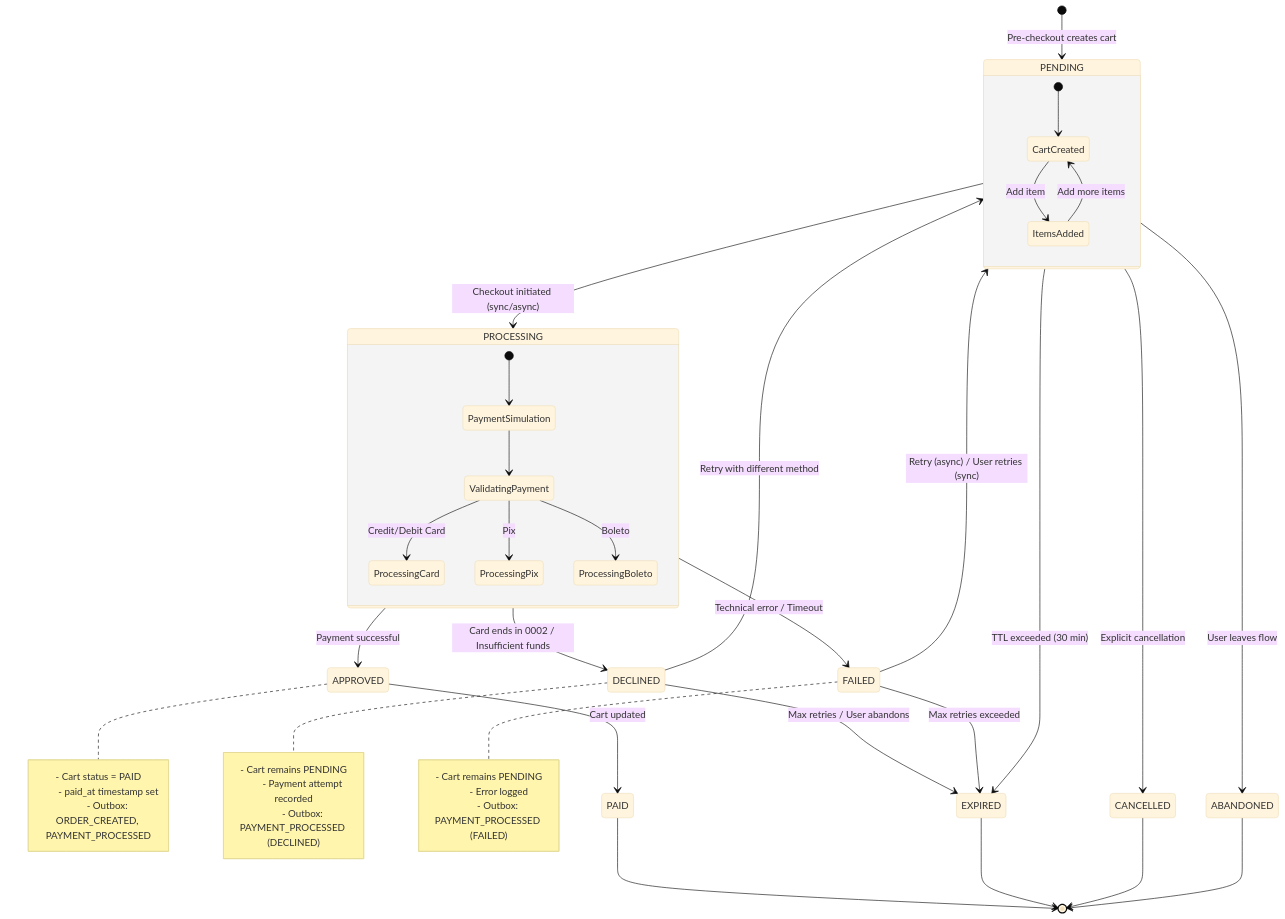
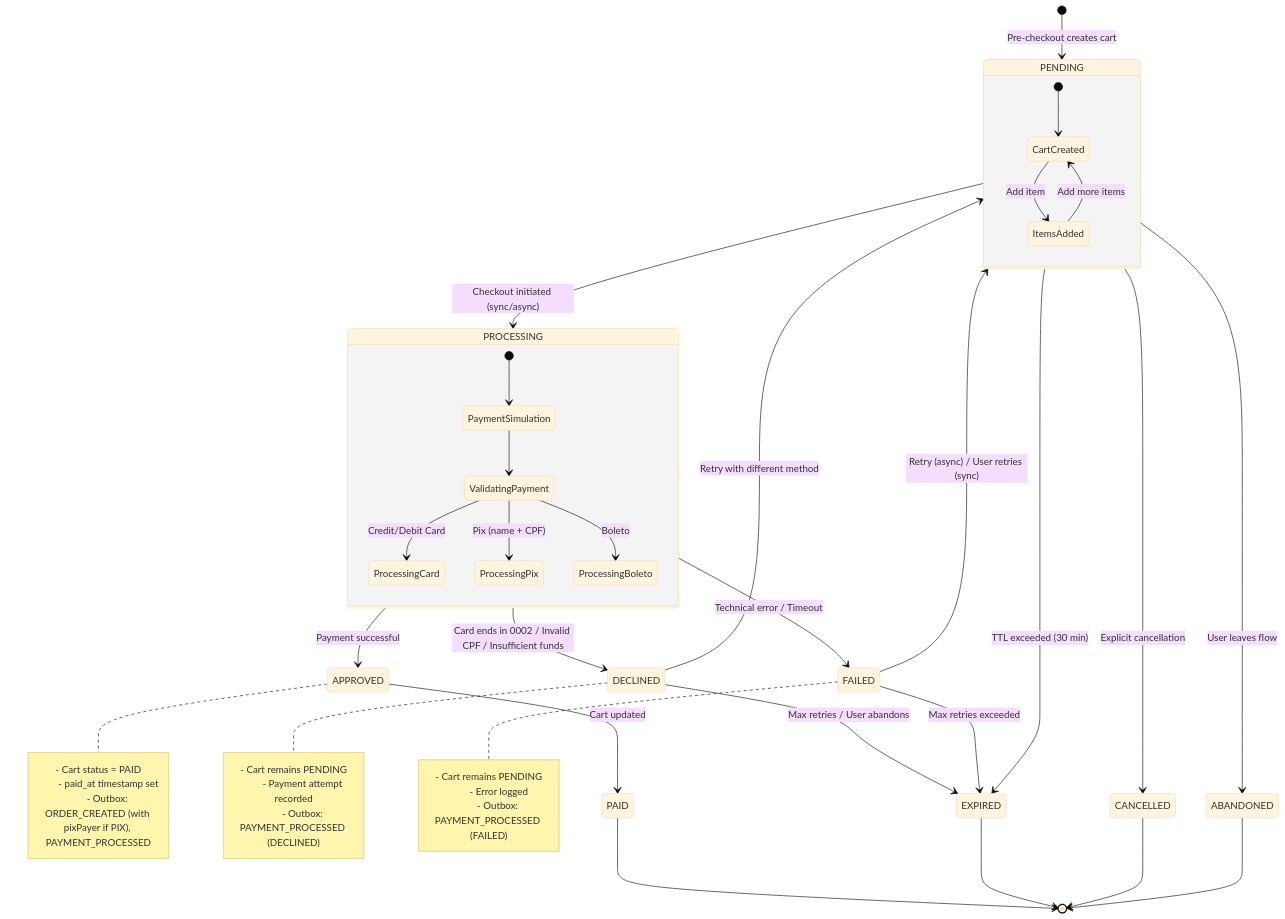
The diagram in docs/specs/diagrams/payment-state.mmd (DavidBNeto/checkout-bff), drawn with Mermaid (base theme) before and after one commit. The commit also changed 202 other files, not shown here.

```diff
--- a/docs/specs/diagrams/payment-state.mmd
+++ b/docs/specs/diagrams/payment-state.mmd
@@ -1,57 +1,57 @@
 stateDiagram-v2
     [*] --> PENDING : Pre-checkout creates cart
 
     state PENDING {
         [*] --> CartCreated
         CartCreated --> ItemsAdded : Add item
         ItemsAdded --> CartCreated : Add more items
     }
 
     PENDING --> PROCESSING : Checkout initiated (sync/async)
 
     state PROCESSING {
         [*] --> PaymentSimulation
         PaymentSimulation --> ValidatingPayment
         ValidatingPayment --> ProcessingCard : Credit/Debit Card
-        ValidatingPayment --> ProcessingPix : Pix
+        ValidatingPayment --> ProcessingPix : Pix (name + CPF)
         ValidatingPayment --> ProcessingBoleto : Boleto
     }
 
     PROCESSING --> APPROVED : Payment successful
-    PROCESSING --> DECLINED : Card ends in 0002 / Insufficient funds
+    PROCESSING --> DECLINED : Card ends in 0002 / Invalid CPF / Insufficient funds
     PROCESSING --> FAILED : Technical error / Timeout
 
     APPROVED --> PAID : Cart updated
     PAID --> [*]
 
     DECLINED --> PENDING : Retry with different method
     DECLINED --> EXPIRED : Max retries / User abandons
 
     FAILED --> PENDING : Retry (async) / User retries (sync)
     FAILED --> EXPIRED : Max retries exceeded
 
     PENDING --> EXPIRED : TTL exceeded (30 min)
     PENDING --> CANCELLED : Explicit cancellation
     PENDING --> ABANDONED : User leaves flow
 
     EXPIRED --> [*]
     CANCELLED --> [*]
     ABANDONED --> [*]
 
     note right of APPROVED
         - Cart status = PAID
         - paid_at timestamp set
-        - Outbox: ORDER_CREATED, PAYMENT_PROCESSED
+        - Outbox: ORDER_CREATED (with pixPayer if PIX), PAYMENT_PROCESSED
     end note
 
     note right of DECLINED
         - Cart remains PENDING
         - Payment attempt recorded
         - Outbox: PAYMENT_PROCESSED (DECLINED)
     end note
 
     note right of FAILED
         - Cart remains PENDING
         - Error logged
         - Outbox: PAYMENT_PROCESSED (FAILED)
     end note
```
